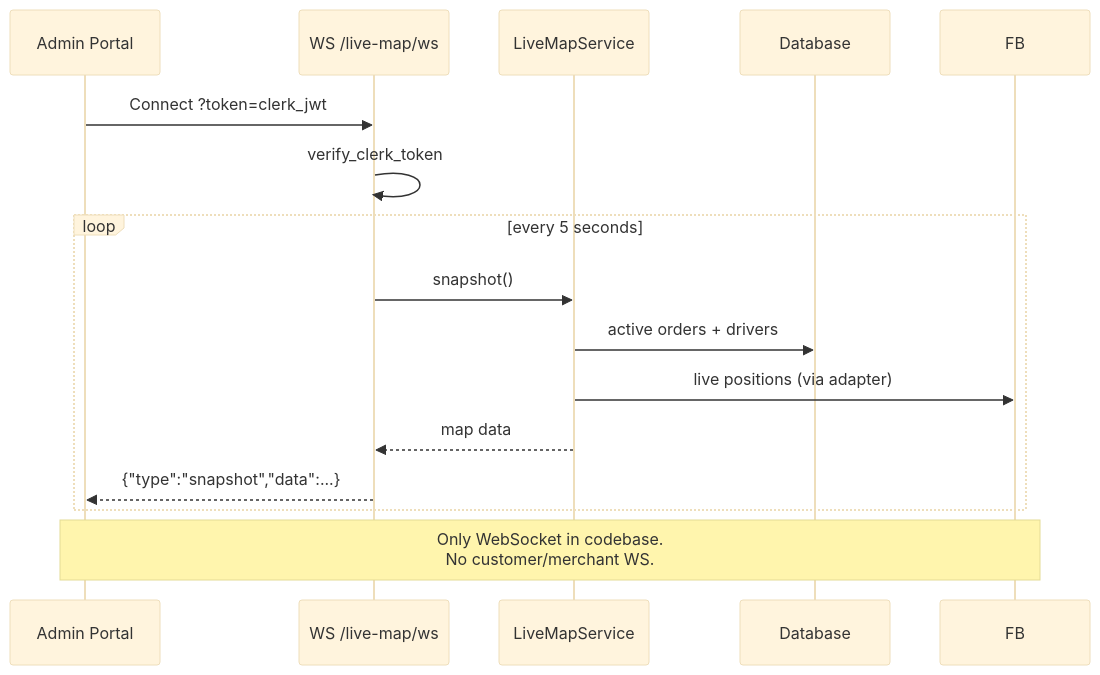
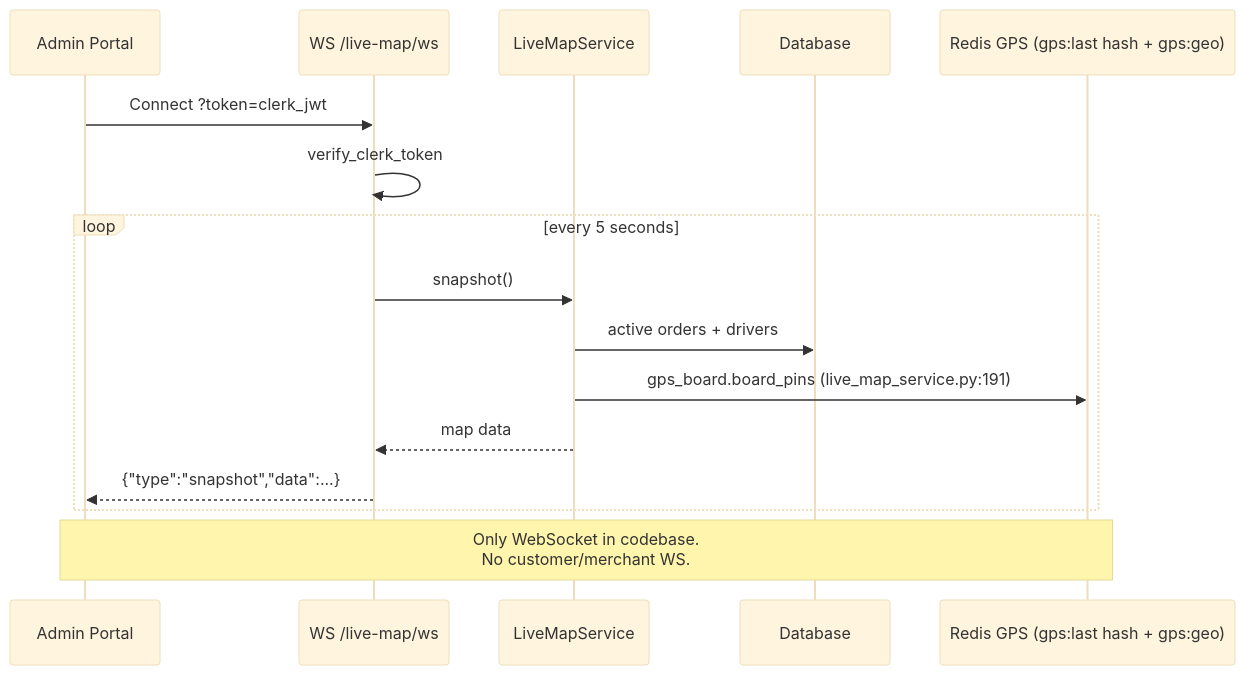
Before and after one commit to PORTERCHAIN-INC/PCD: the diagram in docs/architecture/mermaid/realtime_flow.mmd, drawn with Mermaid (base theme). The commit also changed 13 other files, not shown here.

Commit message:
docs(architecture): planned state machines (22) and events (23); clean FleetBase-era nodes in mermaid set

```diff
--- a/docs/architecture/mermaid/realtime_flow.mmd
+++ b/docs/architecture/mermaid/realtime_flow.mmd
@@ -1,17 +1,18 @@
 sequenceDiagram
   participant Admin as Admin Portal
   participant WS as WS /live-map/ws
   participant LMS as LiveMapService
   participant DB as Database
+  participant GPS as Redis GPS (gps:last hash + gps:geo)
 
   Admin->>WS: Connect ?token=clerk_jwt
   WS->>WS: verify_clerk_token
   loop every 5 seconds
     WS->>LMS: snapshot()
     LMS->>DB: active orders + drivers
-    LMS->>FB: live positions (via adapter)
+    LMS->>GPS: gps_board.board_pins (live_map_service.py:191)
     LMS-->>WS: map data
     WS-->>Admin: {"type":"snapshot","data":...}
   end
 
-  Note over Admin,FB: Only WebSocket in codebase.<br/>No customer/merchant WS.
+  Note over Admin,GPS: Only WebSocket in codebase.<br/>No customer/merchant WS.
```
